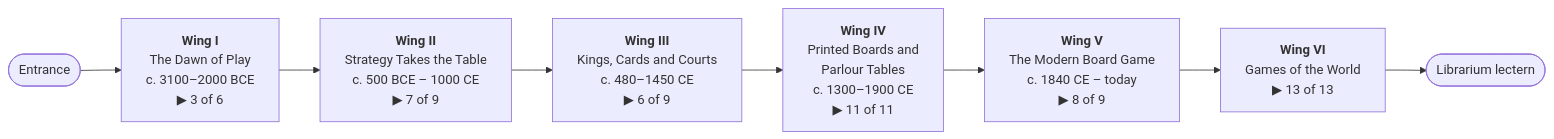
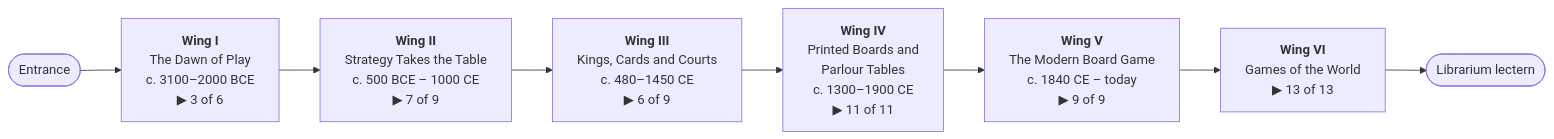
One commit to CptNope/Librarium-Archives changed the first of 2 diagrams in README.md. Above: the diagram before and after it, drawn with Mermaid. The commit also changed other lines of this file and 14 other files, not shown here.

First line of the commit message:
Make the Checkered Game of Life playable, from a scan of the board

````diff
--- a/README.md
+++ b/README.md
@@ -15,10 +15,10 @@
 ```mermaid
 flowchart LR
     E([Entrance]) --> W1
     W1["<b>Wing I</b><br/>The Dawn of Play<br/>c. 3100–2000 BCE<br/>▶ 3 of 6"] --> W2
     W2["<b>Wing II</b><br/>Strategy Takes the Table<br/>c. 500 BCE – 1000 CE<br/>▶ 7 of 9"] --> W3
     W3["<b>Wing III</b><br/>Kings, Cards and Courts<br/>c. 480–1450 CE<br/>▶ 6 of 9"] --> W4
     W4["<b>Wing IV</b><br/>Printed Boards and<br/>Parlour Tables<br/>c. 1300–1900 CE<br/>▶ 11 of 11"] --> W5
-    W5["<b>Wing V</b><br/>The Modern Board Game<br/>c. 1840 CE – today<br/>▶ 8 of 9"] --> W6
+    W5["<b>Wing V</b><br/>The Modern Board Game<br/>c. 1840 CE – today<br/>▶ 9 of 9"] --> W6
     W6["<b>Wing VI</b><br/>Games of the World<br/>▶ 13 of 13"] --> L([Librarium lectern])
 ```
````
